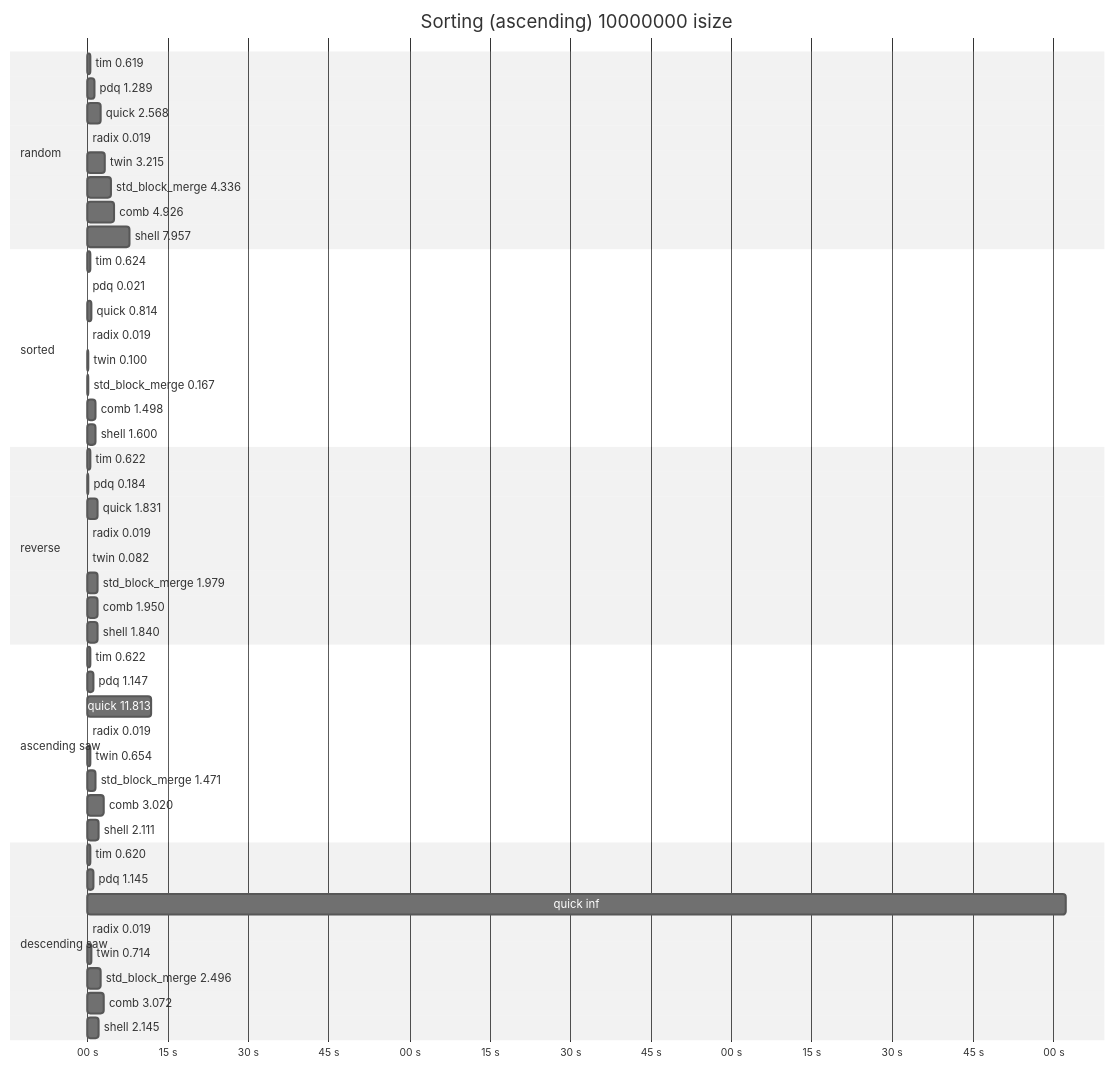
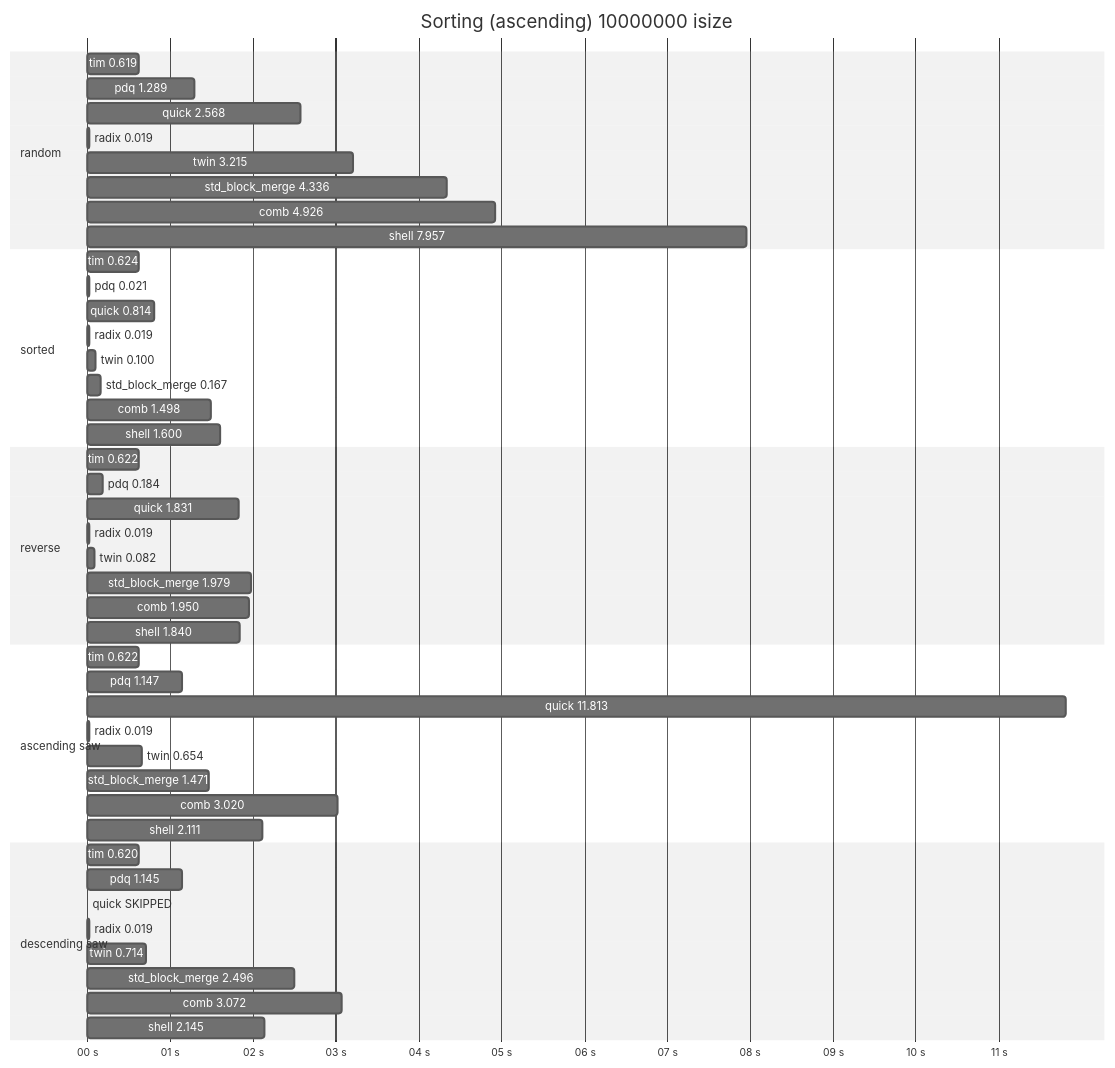
One commit to alichraghi/zort changed the second of 5 diagrams in README.md. Above: the diagram before and after it, drawn with Mermaid (neutral theme). The commit also changed other lines of this file, not shown here.

Commit message:
fixup! update Rpi4 benchmark results

````diff
--- a/README.md
+++ b/README.md
@@ -92,51 +92,51 @@
 ```mermaid
 gantt
     title Sorting (ascending) 10000000 isize
     dateFormat x
     axisFormat %S s
     section random
     tim 0.619: 0,619
     pdq 1.289: 0,1289
     quick 2.568: 0,2568
     radix 0.019: 0,19
     twin 3.215: 0,3214
     std_block_merge 4.336: 0,4335
     comb 4.926: 0,4924
     shell 7.957: 0,7956
     section sorted
     tim 0.624: 0,624
     pdq 0.021: 0,21
     quick 0.814: 0,814
     radix 0.019: 0,19
     twin 0.100: 0,100
     std_block_merge 0.167: 0,167
     comb 1.498: 0,1498
     shell 1.600: 0,1600
     section reverse
     tim 0.622: 0,622
     pdq 0.184: 0,184
     quick 1.831: 0,1831
     radix 0.019: 0,19
     twin 0.082: 0,82
     std_block_merge 1.979: 0,1979
     comb 1.950: 0,1950
     shell 1.840: 0,1840
     section ascending saw
     tim 0.622: 0,622
     pdq 1.147: 0,1147
     quick 11.813: 0,11813
     radix 0.019: 0,19
     twin 0.654: 0,654
     std_block_merge 1.471: 0,1471
     comb 3.020: 0,3019
     shell 2.111: 0,2113
     section descending saw
     tim 0.620: 0,620
     pdq 1.145: 0,1145
-    quick inf: 0,182371
+    quick SKIPPED: 0
     radix 0.019: 0,19
     twin 0.714: 0,714
     std_block_merge 2.496: 0,2496
     comb 3.072: 0,3072
     shell 2.145: 0,2143
 ```
````
